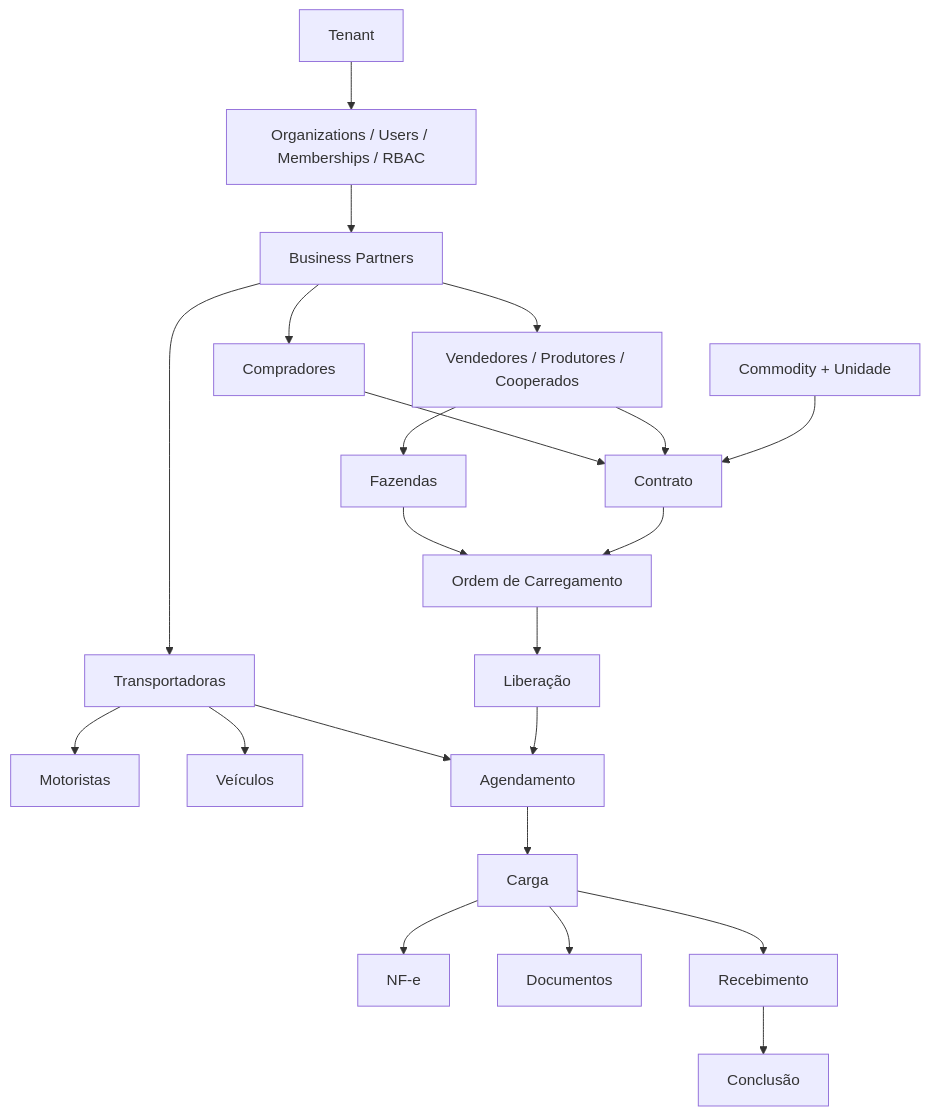
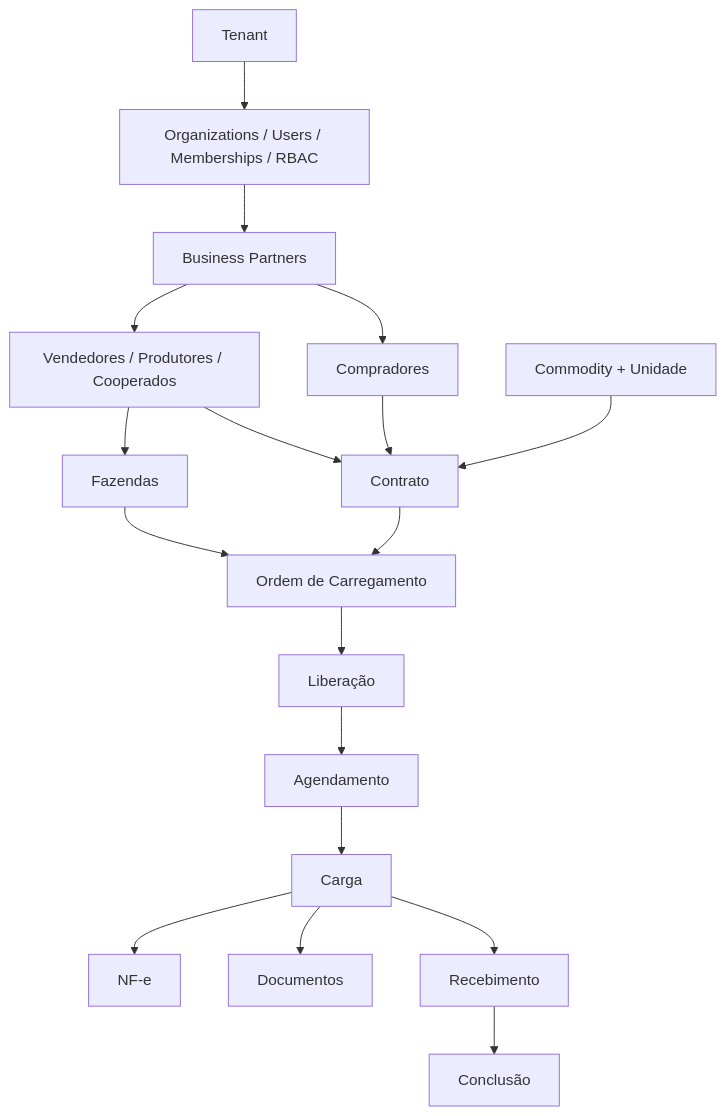
Before and after one commit to antoniocavali/Ordens_2.0: the diagram in docs/modules.md, drawn with Mermaid. The commit also changed other lines of this file and 57 other files, not shown here.

````diff
--- a/docs/modules.md
+++ b/docs/modules.md
@@ -5,24 +5,20 @@
 ```mermaid
 flowchart TD
   T[Tenant] --> O[Organizations / Users / Memberships / RBAC]
   O --> BP[Business Partners]
   BP --> V[Vendedores / Produtores / Cooperados]
   V --> F[Fazendas]
   BP --> CB[Compradores]
-  BP --> TR[Transportadoras]
-  TR --> MO[Motoristas]
-  TR --> VE[Veículos]
   CM[Commodity + Unidade] --> CT[Contrato]
   V --> CT
   CB --> CT
   CT --> OC[Ordem de Carregamento]
   F --> OC
   OC --> LB[Liberação]
   LB --> AG[Agendamento]
   AG --> CG[Carga]
-  TR --> AG
   CG --> NF[NF-e]
   CG --> DOC[Documentos]
   CG --> RC[Recebimento]
   RC --> CO[Conclusão]
 ```
````
